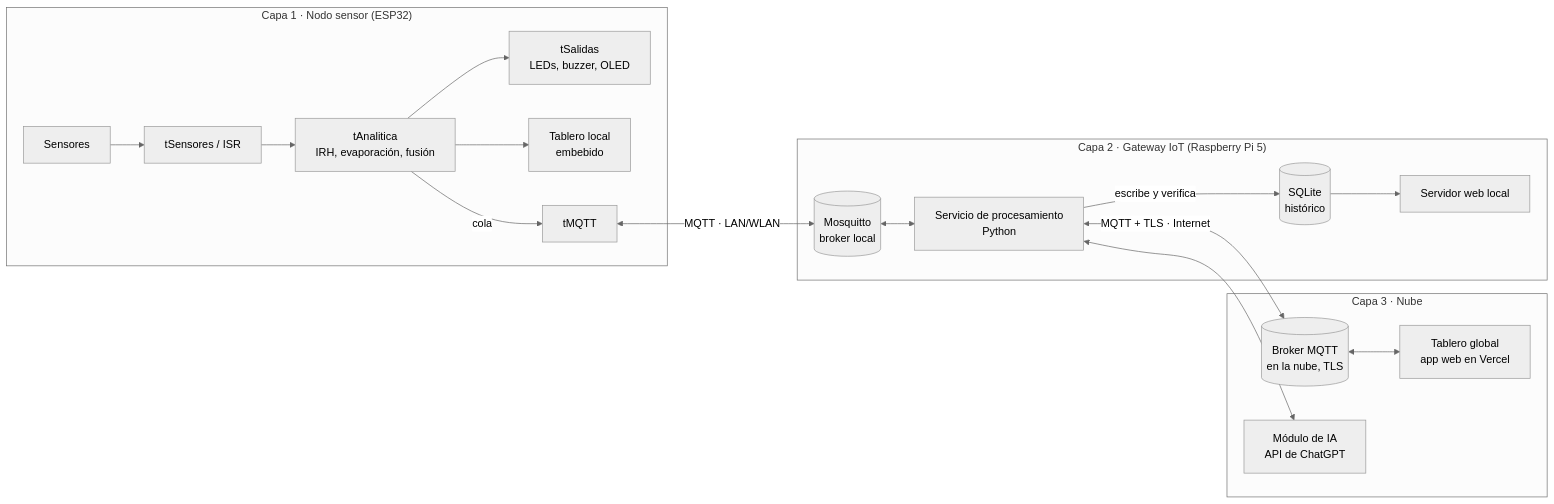
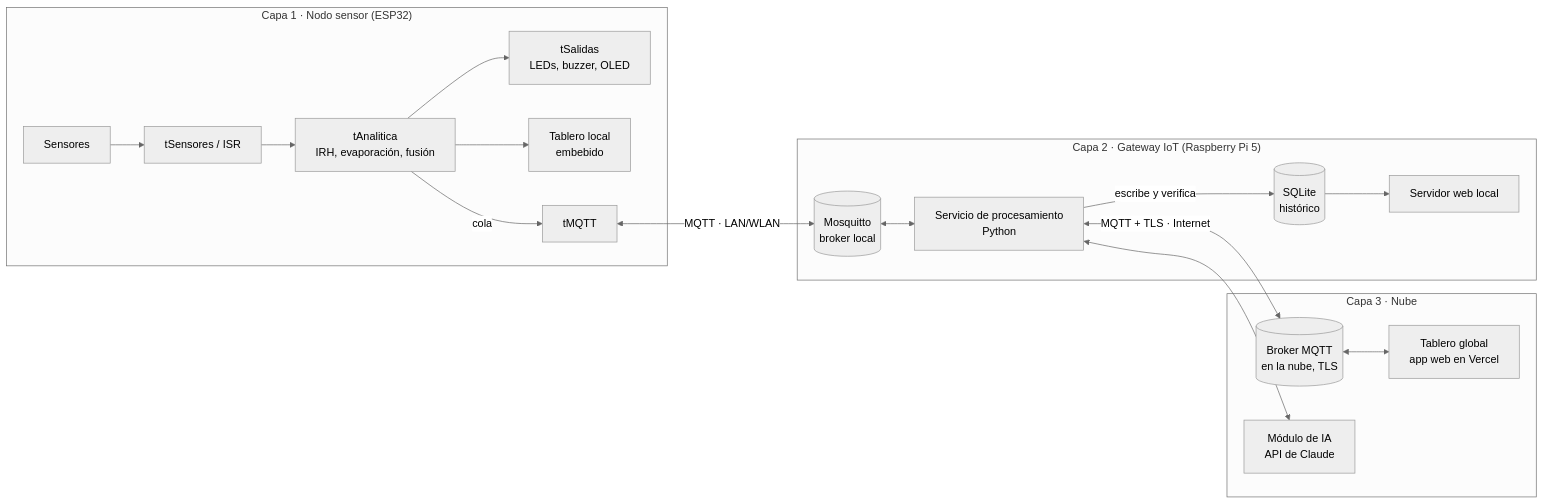
One commit to Juan100205/IOTPROYECTOFINAL3CORTE changed the first of 5 diagrams in wiki/2.2.-Arquitectura-Propuesta.md. Above: the diagram before and after it, drawn with Mermaid (neutral theme). The commit also changed other lines of this file and 10 other files, not shown here.

Commit message:
Modulo de IA: se ratifica la API de Claude

````diff
--- a/wiki/2.2.-Arquitectura-Propuesta.md
+++ b/wiki/2.2.-Arquitectura-Propuesta.md
@@ -9,28 +9,28 @@
 ```mermaid
 flowchart LR
   subgraph N["Capa 1 · Nodo sensor (ESP32)"]
     S[Sensores] --> TS[tSensores / ISR]
     TS --> TA[tAnalitica<br/>IRH, evaporación, fusión]
     TA --> TO[tSalidas<br/>LEDs, buzzer, OLED]
     TA --> WL[Tablero local<br/>embebido]
     TA -->|cola| TM[tMQTT]
   end
   subgraph G["Capa 2 · Gateway IoT (Raspberry Pi 5)"]
     B[(Mosquitto<br/>broker local)]
     P[Servicio de procesamiento<br/>Python]
     D[(SQLite<br/>histórico)]
     WG[Servidor web local]
     B <--> P
     P -->|escribe y verifica| D
     D --> WG
   end
   subgraph C["Capa 3 · Nube"]
     BC[(Broker MQTT<br/>en la nube, TLS)]
     V[Tablero global<br/>app web en Vercel]
-    IA[Módulo de IA<br/>API de ChatGPT]
+    IA[Módulo de IA<br/>API de Claude]
   end
   TM <-->|MQTT · LAN/WLAN| B
   P <-->|MQTT + TLS · Internet| BC
   BC <--> V
   P <--> IA
 ```
````
